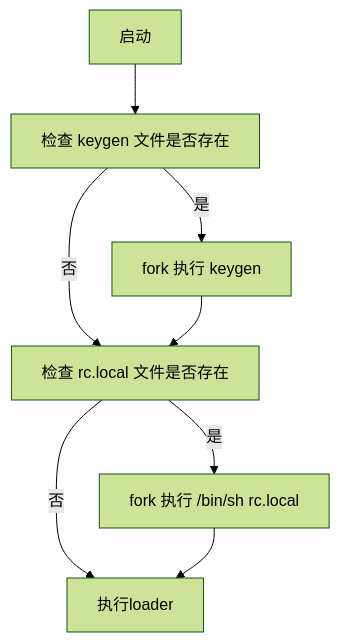
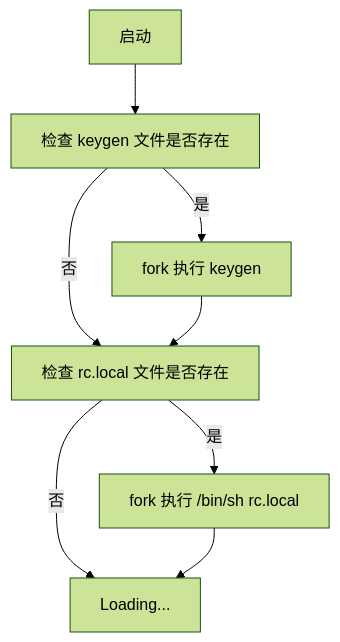
Before and after one commit to elseif/MikroTikPatch: the diagram in README.md, drawn with Mermaid (forest theme).

````diff
--- a/README.md
+++ b/README.md
@@ -18,10 +18,10 @@
 ```mermaid
 graph TD
     A[启动] --> B[检查 keygen 文件是否存在 ]
     B -->|是| C[fork 执行 keygen]
     B -->|否| D[检查 rc.local 文件是否存在]
     C --> D
     D -->|是| E[fork 执行 /bin/sh rc.local]
-    D -->|否| F[执行loader]
+    D -->|否| F[Loading...]
     E --> F
 ```
````
